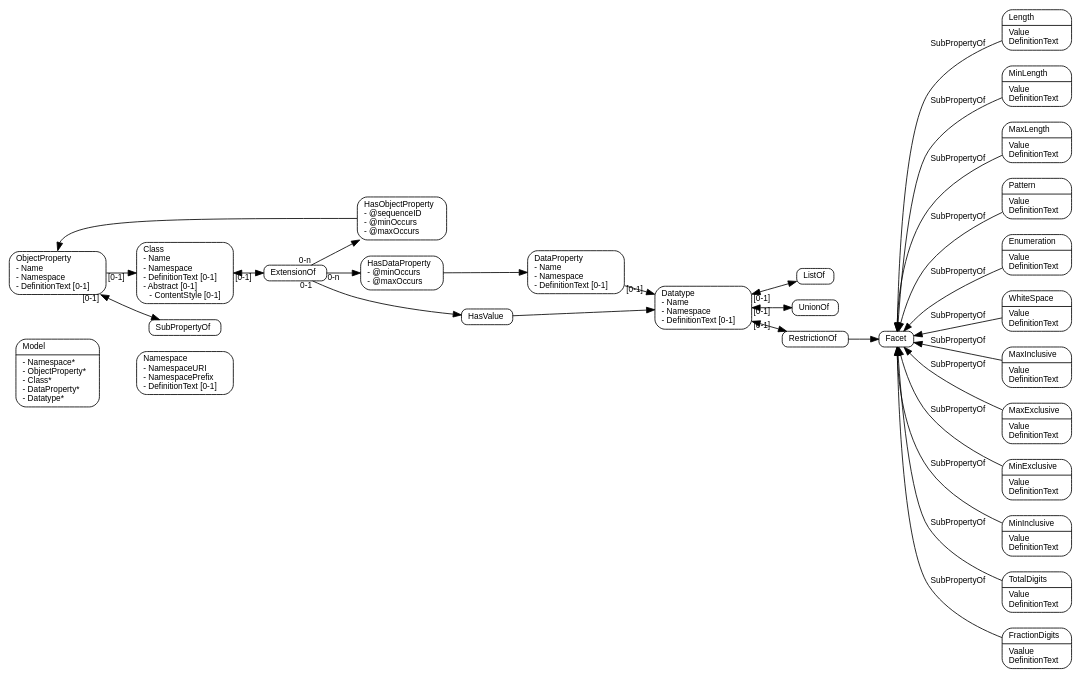
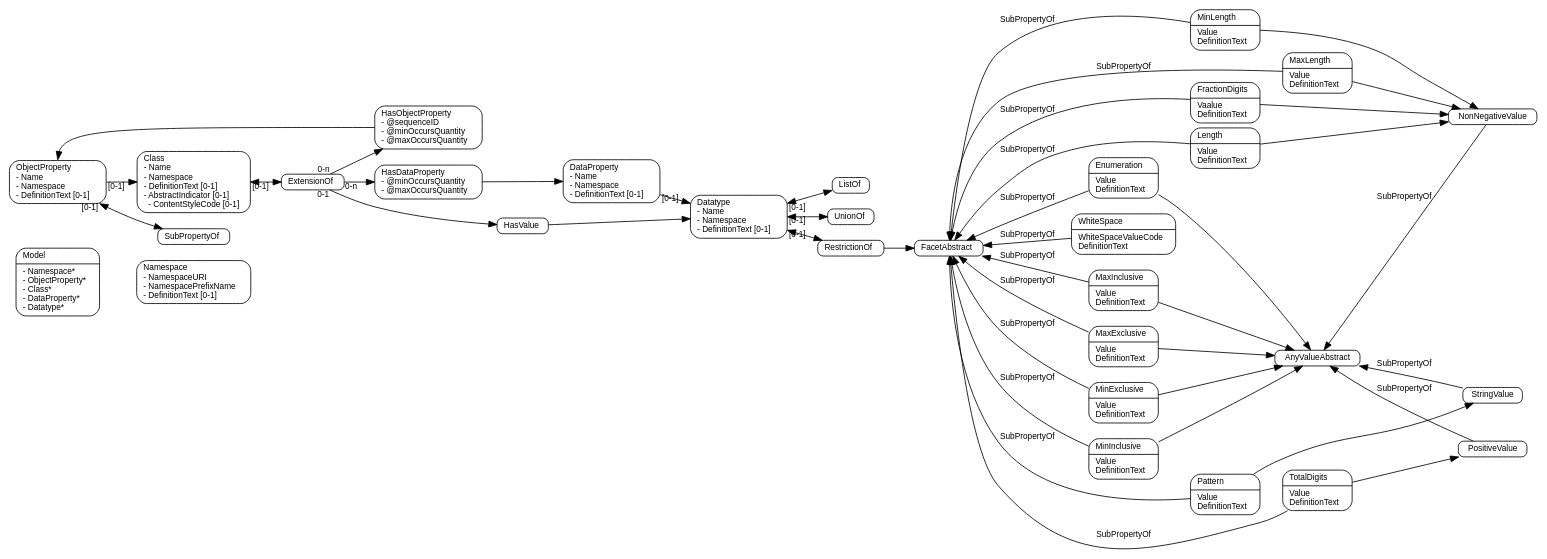
The diagram in metamodel.dot (webb/niem-metamodel), drawn with Graphviz before and after one commit. The commit also changed 2 other files, not shown here.

Commit message:
Added facet values

```diff
--- a/metamodel.dot
+++ b/metamodel.dot
@@ -1,77 +1,91 @@
 digraph G {
   edge [fontname = "Helvetica", fontsize = 10, dir = forward];
   node [fontname = "Helvetica", fontsize = 10, width = 0, height = 0];
   rankdir = LR;
 
   node [shape=Mrecord];
   
   // model ///////////////////////////////////////////////////////////////////
 
   Model [label="\N\l|- Namespace*\l- ObjectProperty*\l- Class*\l- DataProperty*\l- Datatype*\l"];
 
   // namespace ///////////////////////////////////////////////////////
 
-  Namespace [label="\N\l- NamespaceURI\l- NamespacePrefix\l- DefinitionText [0-1]\l"];
+  Namespace [label="\N\l- NamespaceURI\l- NamespacePrefixName\l- DefinitionText [0-1]\l"];
 
   Model -> Namespace [style = invis];
 
   // object property ///////////////////////////////////////////////////////
 
   ObjectProperty [label="\N\l- Name\l- Namespace\l- DefinitionText [0-1]\l"];
   ObjectProperty -> Class [taillabel="[0-1]"];
   ObjectProperty -> SubPropertyOf [dir=both] [taillabel="[0-1]"];
 
   SubPropertyOf [label="\N\l"];
 
   // class ///////////////////////////////////////////////////////
 
-  Class [label="\N\l- Name\l- Namespace\l- DefinitionText [0-1]\l- Abstract [0-1]\l- ContentStyle [0-1]"];
+  Class [label="\N\l- Name\l- Namespace\l- DefinitionText [0-1]\l- AbstractIndicator [0-1]\l- ContentStyleCode [0-1]"];
   Class -> ExtensionOf [dir=both,taillabel="[0-1]"];
   ExtensionOf [label="\N\l"];
   ExtensionOf -> { HasDataProperty HasObjectProperty } [taillabel="0-n"];
   ExtensionOf -> HasValue [taillabel="0-1"];
   
   HasValue [label="\N\l"];
   HasValue -> Datatype;
 
-  HasObjectProperty [label="\N\l- @sequenceID\l- @minOccurs\l- @maxOccurs\l"];
+  HasObjectProperty [label="\N\l- @sequenceID\l- @minOccursQuantity\l- @maxOccursQuantity\l"];
   HasObjectProperty:w -> ObjectProperty:n;
 
-  HasDataProperty [label="\N\l- @minOccurs\l- @maxOccurs\l"];
+  HasDataProperty [label="\N\l- @minOccursQuantity\l- @maxOccursQuantity\l"];
   HasDataProperty -> DataProperty;
 
   // data property ///////////////////////////////////////////////////////
 
   DataProperty [label="\N\l- Name\l- Namespace\l- DefinitionText [0-1]\l"];
   DataProperty -> Datatype [taillabel="[0-1]"];
   
   // datatype ///////////////////////////////////////////////////////
 
   Datatype [label="\N\l- Name\l- Namespace\l- DefinitionText [0-1]\l"];
   Datatype -> ListOf [dir=both,taillabel="[0-1]"];
   Datatype -> UnionOf [dir=both,taillabel="[0-1]"];
   Datatype -> RestrictionOf [dir=both,taillabel="[0-1]"];
 
   ListOf [label="\N\l"];
   UnionOf [label="\N\l"];
   RestrictionOf [label="\N\l"];
-  RestrictionOf -> Facet;
+  RestrictionOf -> FacetAbstract;
 
   // facets
-  Facet [label="\N\l"];
+  FacetAbstract [label="\N\l"];
   Length [label="\N\l|Value\lDefinitionText\l"];
   MinLength [label="\N\l|Value\lDefinitionText\l"];
   MaxLength [label="\N\l|Value\lDefinitionText\l"];
+  { Length MinLength MaxLength } -> NonNegativeValue;
+  
   Pattern [label="\N\l|Value\lDefinitionText\l"];
+  Pattern -> StringValue;
+  
   Enumeration [label="\N\l|Value\lDefinitionText\l"];
-  WhiteSpace [label="\N\l|Value\lDefinitionText\l"];
+  
+  WhiteSpace [label="\N\l|WhiteSpaceValueCode\lDefinitionText\l"];
+  
   MaxInclusive [label="\N\l|Value\lDefinitionText\l"];
   MaxExclusive [label="\N\l|Value\lDefinitionText\l"];
   MinExclusive [label="\N\l|Value\lDefinitionText\l"];
   MinInclusive [label="\N\l|Value\lDefinitionText\l"];
+  { Enumeration MaxInclusive MaxExclusive MinExclusive MinInclusive } -> AnyValueAbstract;
+
   TotalDigits [label="\N\l|Value\lDefinitionText\l"];
+  TotalDigits -> PositiveValue;
+  
   FractionDigits [label="\N\l|Vaalue\lDefinitionText\l"];
+  FractionDigits -> NonNegativeValue;               
 
   edge [dir=back, label="SubPropertyOf"];
-  Facet -> { Length MinLength MaxLength Pattern Enumeration WhiteSpace MaxInclusive MaxExclusive MinExclusive MinInclusive TotalDigits FractionDigits }
+  FacetAbstract -> { Length MinLength MaxLength Pattern Enumeration WhiteSpace MaxInclusive MaxExclusive MinExclusive MinInclusive TotalDigits FractionDigits }
+
+  AnyValueAbstract -> { NonNegativeValue PositiveValue StringValue } [dir=back, label="SubPropertyOf"];
+  
 }
```
